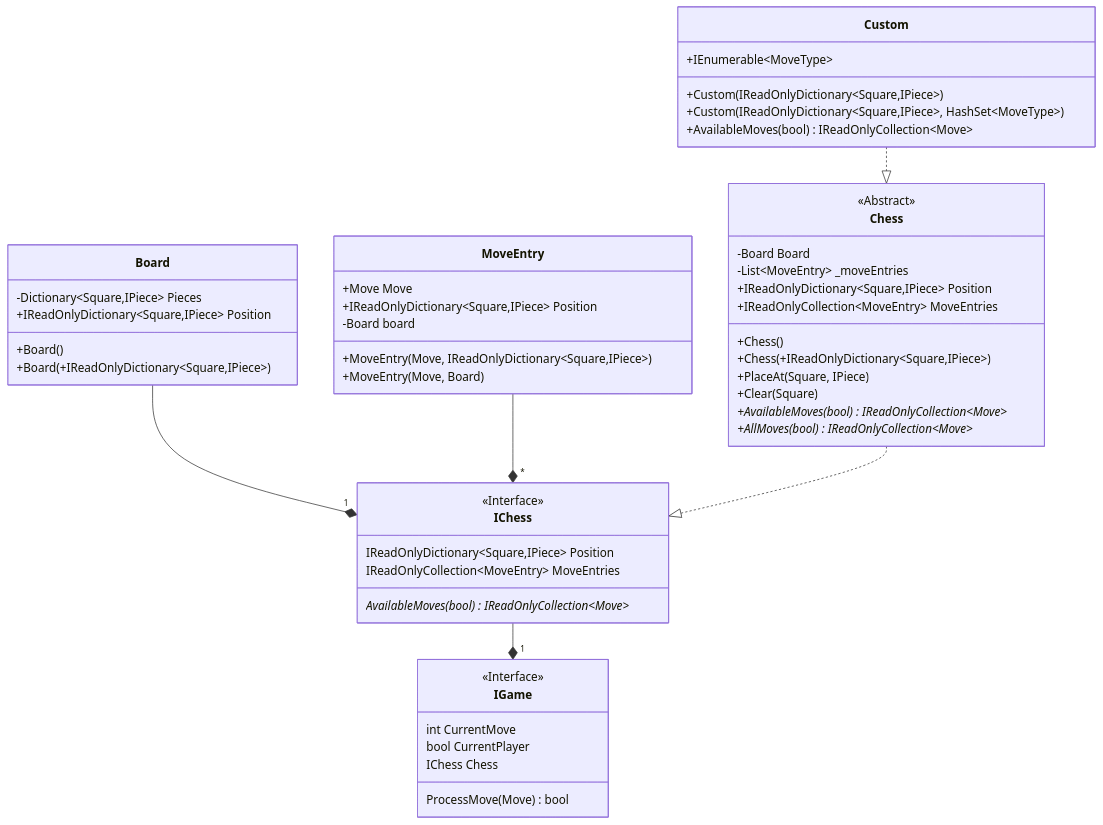
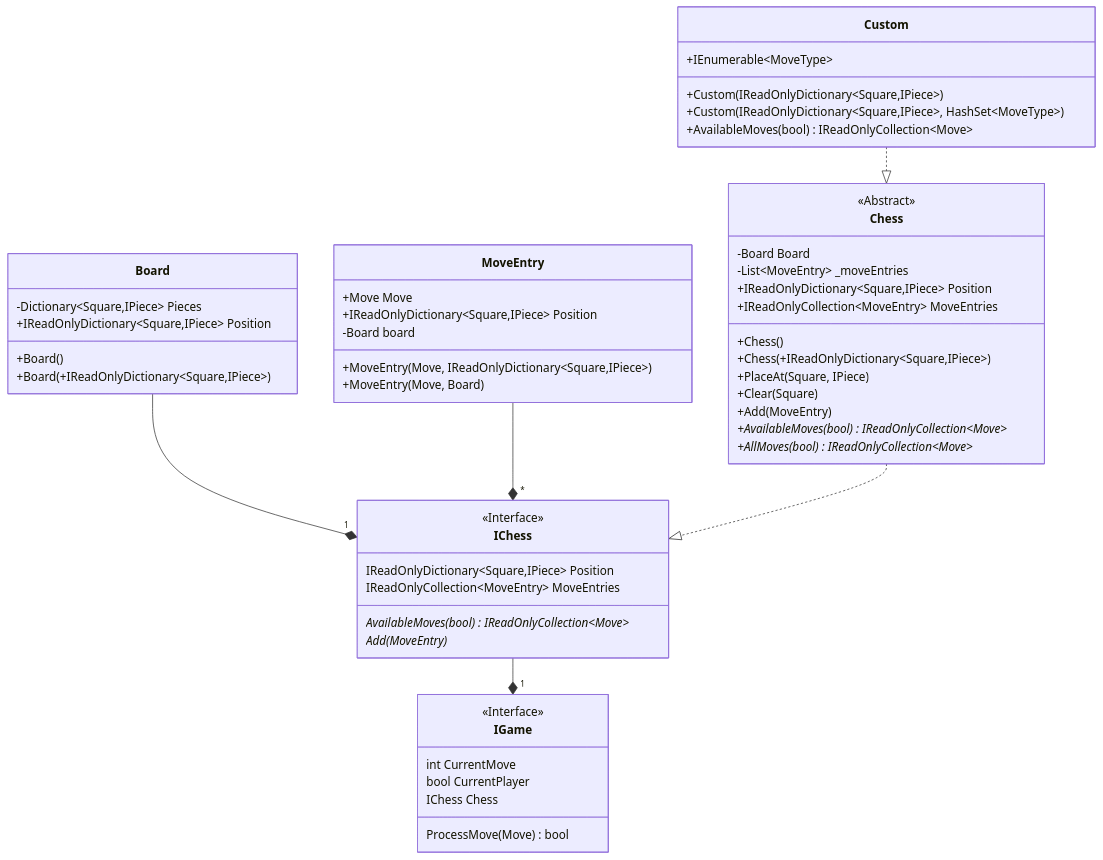
Before and after one commit to JeanLColombo/Mate: the diagram in UML Diagram/Core/Game.md, drawn with Mermaid. The commit also changed 7 other files, not shown here.

Commit message:
Added IChess.Add(MoveEntry)

````diff
--- a/UML Diagram/Core/Game.md
+++ b/UML Diagram/Core/Game.md
@@ -1,53 +1,55 @@
 ```mermaid
     classDiagram
     class IChess{
         <<Interface>>
         IReadOnlyDictionary~Square,IPiece~ Position
         IReadOnlyCollection~MoveEntry~ MoveEntries
         AvailableMoves(bool)* IReadOnlyCollection~Move~
+        Add(MoveEntry)*
     }
     class IGame{
         <<Interface>>
         int CurrentMove
         bool CurrentPlayer
         IChess Chess
         ProcessMove(Move) bool
     }
     class Chess{
         <<Abstract>>
         -Board Board
         -List~MoveEntry~ _moveEntries
         +IReadOnlyDictionary~Square,IPiece~ Position
         +IReadOnlyCollection~MoveEntry~ MoveEntries
         +Chess()
         +Chess(+IReadOnlyDictionary~Square,IPiece~)
         +PlaceAt(Square, IPiece) 
         +Clear(Square)
+        +Add(MoveEntry) 
         +AvailableMoves(bool)* IReadOnlyCollection~Move~
         +AllMoves(bool)* IReadOnlyCollection~Move~
     }
     class Board{
         -Dictionary~Square,IPiece~ Pieces
         +IReadOnlyDictionary~Square,IPiece~ Position 
         +Board()
         +Board(+IReadOnlyDictionary~Square,IPiece~)
     }
     class MoveEntry{
         +Move Move
         +IReadOnlyDictionary~Square,IPiece~ Position
         -Board board
         +MoveEntry(Move, IReadOnlyDictionary~Square,IPiece~)
         +MoveEntry(Move, Board)
     }
     class Custom{
         +IEnumerable~MoveType~
         +Custom(IReadOnlyDictionary~Square,IPiece~)
         +Custom(IReadOnlyDictionary~Square,IPiece~, HashSet~MoveType~)
         +AvailableMoves(bool) IReadOnlyCollection~Move~
     }
     Board --* "1" IChess
     MoveEntry --* "*" IChess
     Chess ..|> IChess
     IChess --* "1" IGame
     Custom ..|> Chess
 ```
````
